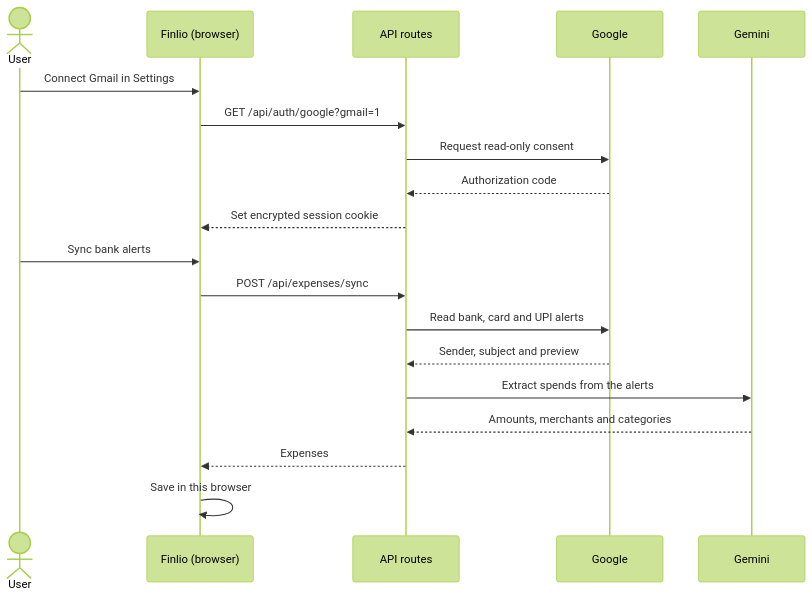
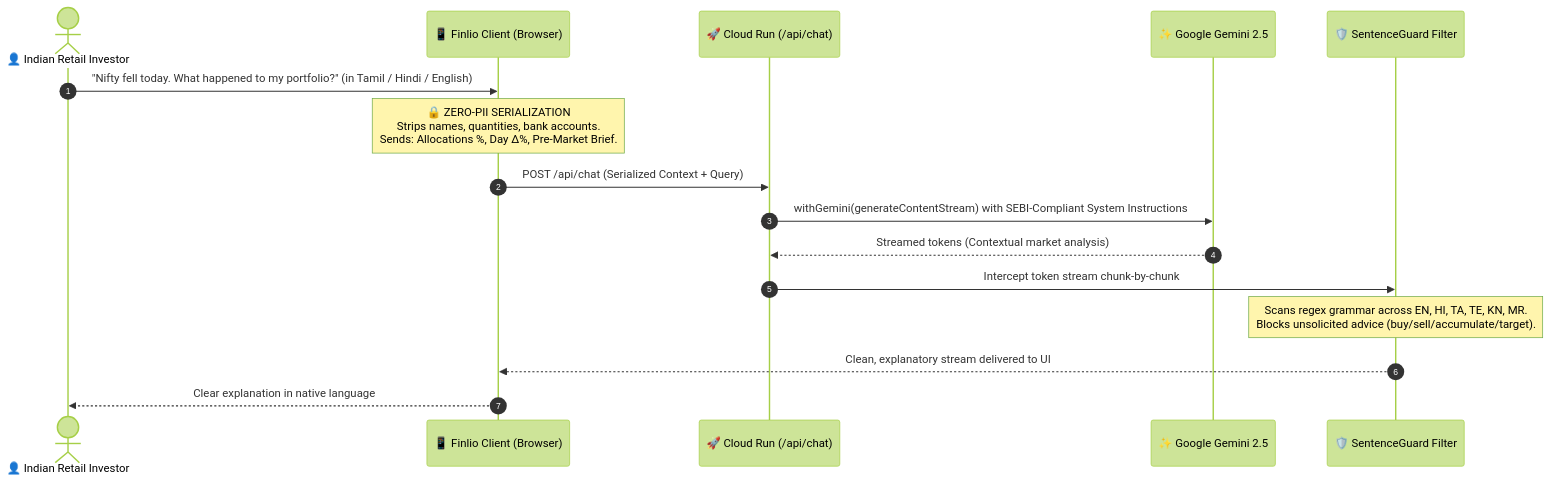
Before and after one commit to Gokulakrishnxn/Finlioo: the second of 3 diagrams in README.md, drawn with Mermaid (forest theme). The commit also changed other lines of this file and 108 other files, not shown here.

First line of the commit message:
feat: move to Google Cloud and Firebase sign-in, refresh the landing page

````diff
--- a/README.md
+++ b/README.md
@@ -113,22 +153,19 @@
 ```mermaid
 sequenceDiagram
-    actor User
-    participant App as Finlio (browser)
-    participant API as API routes
-    participant Google as Google
-    participant Gemini as Gemini
+    autonumber
+    actor Investor as 👤 Indian Retail Investor
+    participant Client as 📱 Finlio Client (Browser)
+    participant API as 🚀 Cloud Run (/api/chat)
+    participant Gemini as ✨ Google Gemini 2.5
+    participant Guard as 🛡️ SentenceGuard Filter
 
-    User->>App: Connect Gmail in Settings
-    App->>API: GET /api/auth/google?gmail=1
-    API->>Google: Request read-only consent
-    Google-->>API: Authorization code
-    API-->>App: Set encrypted session cookie
-    User->>App: Sync bank alerts
-    App->>API: POST /api/expenses/sync
-    API->>Google: Read bank, card and UPI alerts
-    Google-->>API: Sender, subject and preview
-    API->>Gemini: Extract spends from the alerts
-    Gemini-->>API: Amounts, merchants and categories
-    API-->>App: Expenses
-    App->>App: Save in this browser
+    Investor->>Client: "Nifty fell today. What happened to my portfolio?" (in Tamil / Hindi / English)
+    Note over Client: 🔒 ZERO-PII SERIALIZATION<br/>Strips names, quantities, bank accounts.<br/>Sends: Allocations %, Day Δ%, Pre-Market Brief.
+    Client->>API: POST /api/chat (Serialized Context + Query)
+    API->>Gemini: withGemini(generateContentStream) with SEBI-Compliant System Instructions
+    Gemini-->>API: Streamed tokens (Contextual market analysis)
+    API->>Guard: Intercept token stream chunk-by-chunk
+    Note over Guard: Scans regex grammar across EN, HI, TA, TE, KN, MR.<br/>Blocks unsolicited advice (buy/sell/accumulate/target).
+    Guard-->>Client: Clean, explanatory stream delivered to UI
+    Client-->>Investor: Clear explanation in native language
 ```
````
